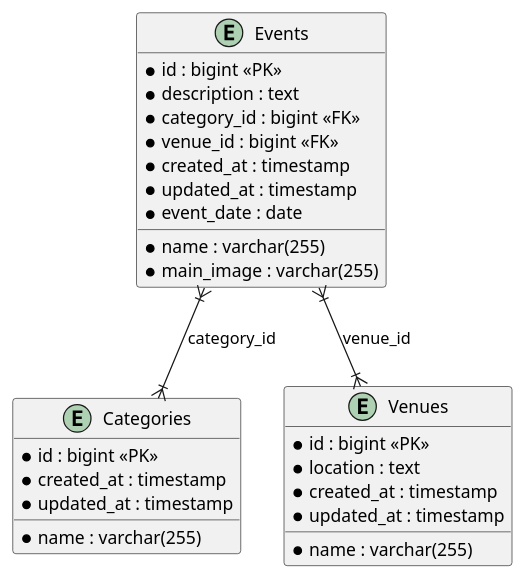
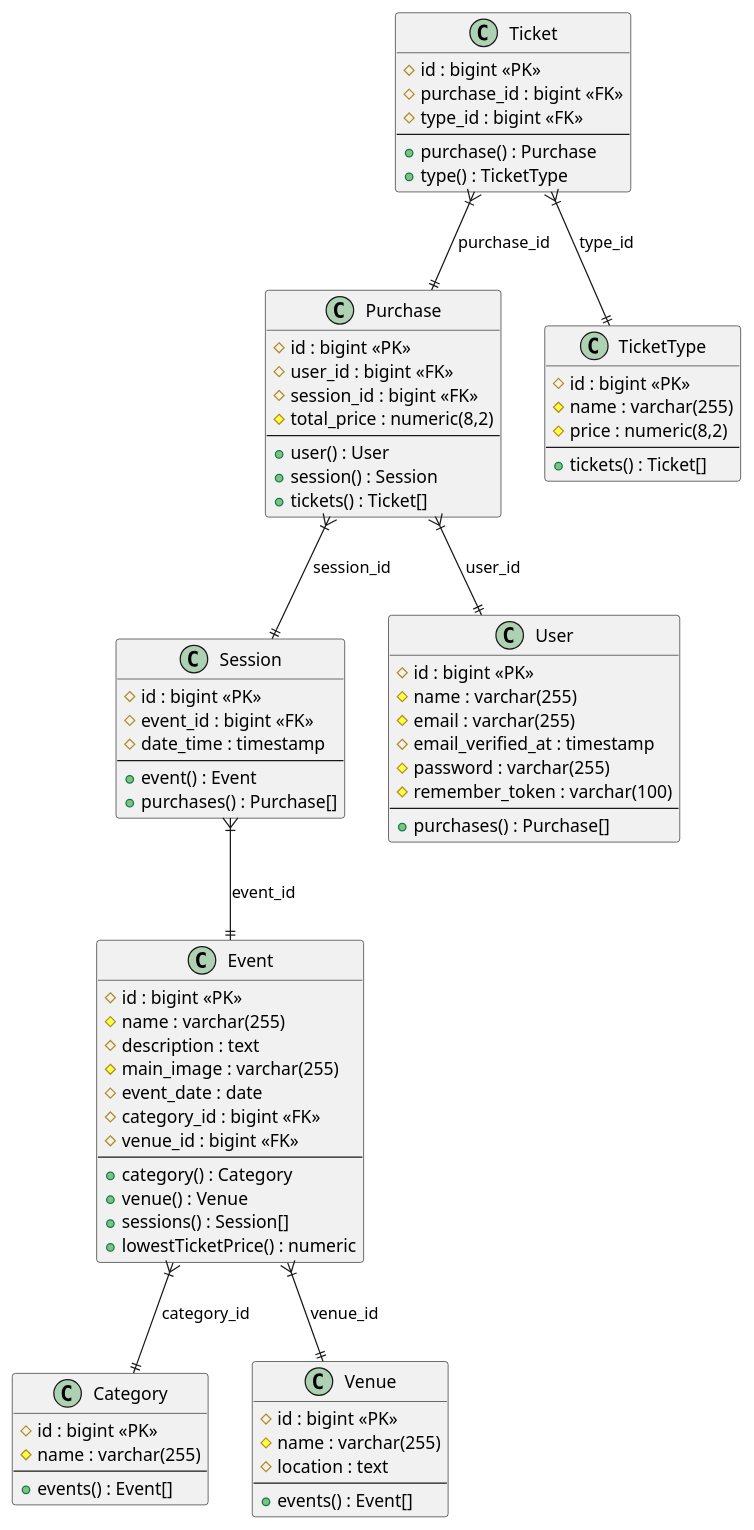
One commit to fcarmona8/EventoPass changed the diagram in Docs/memoria.adoc. Above: the diagram before and after it, drawn with PlantUML. The commit also changed other lines of this file and 15 other files, not shown here.

```diff
--- a/Docs/memoria.adoc
+++ b/Docs/memoria.adoc
@@ -63,36 +105,92 @@
-[plantuml, target="db-uml-diagram"]
+[plantuml]
 ....
 @startuml
 
-entity "Categories" as categories {
-    * id : bigint <<PK>>
-    * name : varchar(255)
-    * created_at : timestamp
-    * updated_at : timestamp
+class "Category" as categories {
+    # id : bigint <<PK>>
+    # name : varchar(255)
+    --
+    + events() : Event[]
 }
 
-entity "Events" as events {
-    * id : bigint <<PK>>
-    * name : varchar(255)
-    * description : text
-    * main_image : varchar(255)
-    * category_id : bigint <<FK>>
-    * venue_id : bigint <<FK>>
-    * created_at : timestamp
-    * updated_at : timestamp
-    * event_date : date
+class "Event" as events {
+    # id : bigint <<PK>>
+    # name : varchar(255)
+    # description : text
+    # main_image : varchar(255)
+    # event_date : date
+    # category_id : bigint <<FK>>
+    # venue_id : bigint <<FK>>
+    --
+    + category() : Category
+    + venue() : Venue
+    + sessions() : Session[]
+    + lowestTicketPrice() : numeric
 }
 
-entity "Venues" as venues {
-    * id : bigint <<PK>>
-    * name : varchar(255)
-    * location : text
-    * created_at : timestamp
-    * updated_at : timestamp
+class "Venue" as venues {
+    # id : bigint <<PK>>
+    # name : varchar(255)
+    # location : text
+    --
+    + events() : Event[]
 }
 
-events }|--|{ categories : "category_id"
-events }|--|{ venues : "venue_id"
+class "Session" as sessions {
+    # id : bigint <<PK>>
+    # event_id : bigint <<FK>>
+    # date_time : timestamp
+    --
+    + event() : Event
+    + purchases() : Purchase[]
+}
+
+class "Purchase" as purchases {
+    # id : bigint <<PK>>
+    # user_id : bigint <<FK>>
+    # session_id : bigint <<FK>>
+    # total_price : numeric(8,2)
+    --
+    + user() : User
+    + session() : Session
+    + tickets() : Ticket[]
+}
+
+class "User" as users {
+    # id : bigint <<PK>>
+    # name : varchar(255)
+    # email : varchar(255)
+    # email_verified_at : timestamp
+    # password : varchar(255)
+    # remember_token : varchar(100)
+    --
+    + purchases() : Purchase[]
+}
+
+class "TicketType" as ticket_types {
+    # id : bigint <<PK>>
+    # name : varchar(255)
+    # price : numeric(8,2)
+    --
+    + tickets() : Ticket[]
+}
+
+class "Ticket" as tickets {
+    # id : bigint <<PK>>
+    # purchase_id : bigint <<FK>>
+    # type_id : bigint <<FK>>
+    --
+    + purchase() : Purchase
+    + type() : TicketType
+}
+
+events }|--|| categories : "category_id"
+events }|--|| venues : "venue_id"
+sessions }|--|| events : "event_id"
+purchases }|--|| sessions : "session_id"
+purchases }|--|| users : "user_id"
+tickets }|--|| purchases : "purchase_id"
+tickets }|--|| ticket_types : "type_id"
 
 @enduml
 ....
```
